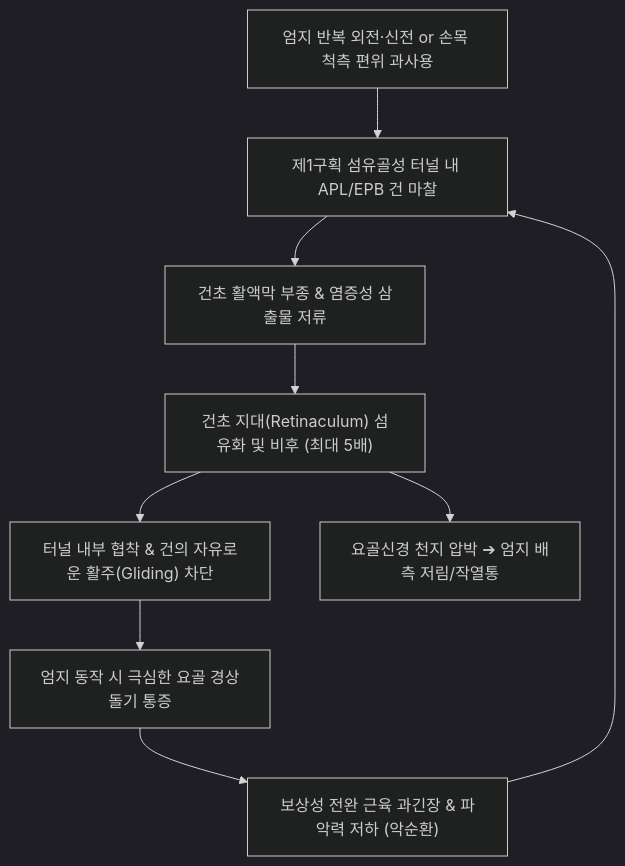
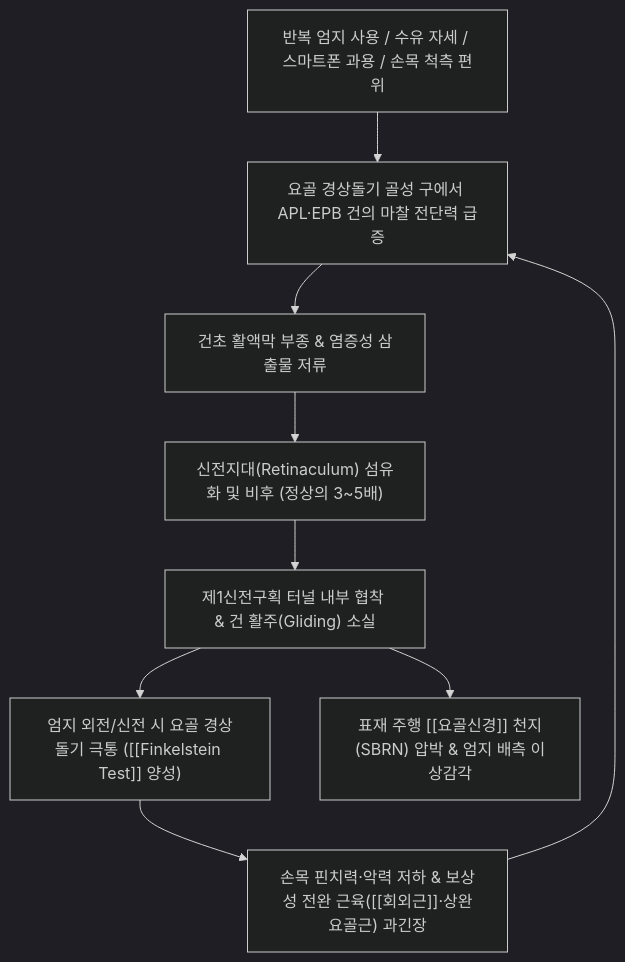
One commit to simbio11/simbio-digital-garden2 changed the diagram in content/3. 이론 공부/질환/근골격계 질환/상지/드퀘르벵 건초염.md. Above: the diagram before and after it, drawn with Mermaid (dark theme). The commit also changed other lines of this file and 44 other files, not shown here.

````diff
--- a/content/3. 이론 공부/질환/근골격계 질환/상지/드퀘르벵 건초염.md
+++ b/content/3. 이론 공부/질환/근골격계 질환/상지/드퀘르벵 건초염.md
@@ -62,11 +149,11 @@
 ```mermaid
 flowchart TD
-    A["엄지 반복 외전·신전 or 손목 척측 편위 과사용"] --> B["제1구획 섬유골성 터널 내 APL/EPB 건 마찰"]
-    B --> C["건초 활액막 부종 & 염증성 삼출물 저류"]
-    C --> D["건초 지대(Retinaculum) 섬유화 및 비후 (최대 5배)"]
-    D --> E["터널 내부 협착 & 건의 자유로운 활주(Gliding) 차단"]
-    E --> F["엄지 동작 시 극심한 요골 경상돌기 통증"]
-    F --> G["보상성 전완 근육 과긴장 & 파악력 저하 (악순환)"]
-    G --> B
-    D --> H["요골신경 천지 압박 ➔ 엄지 배측 저림/작열통"]
+    Overuse["반복 엄지 사용 / 수유 자세 / 스마트폰 과용 / 손목 척측 편위"] --> Shear["요골 경상돌기 골성 구에서 APL·EPB 건의 마찰 전단력 급증"]
+    Shear --> Tenosynovitis["건초 활액막 부종 & 염증성 삼출물 저류"]
+    Tenosynovitis --> RetinaculumThick["신전지대(Retinaculum) 섬유화 및 비후 (정상의 3~5배)"]
+    RetinaculumThick --> Stenosis["제1신전구획 터널 내부 협착 & 건 활주(Gliding) 소실"]
+    Stenosis --> SeverePain["엄지 외전/신전 시 요골 경상돌기 극통 ([[Finkelstein Test]] 양성)"]
+    Stenosis --> NerveCompression["표재 주행 [[요골신경]] 천지(SBRN) 압박 & 엄지 배측 이상감각"]
+    SeverePain --> KinematicDeficit["손목 핀치력·악력 저하 & 보상성 전완 근육([[회외근]]·상완요골근) 과긴장"]
+    KinematicDeficit --> Shear
 ```
````
